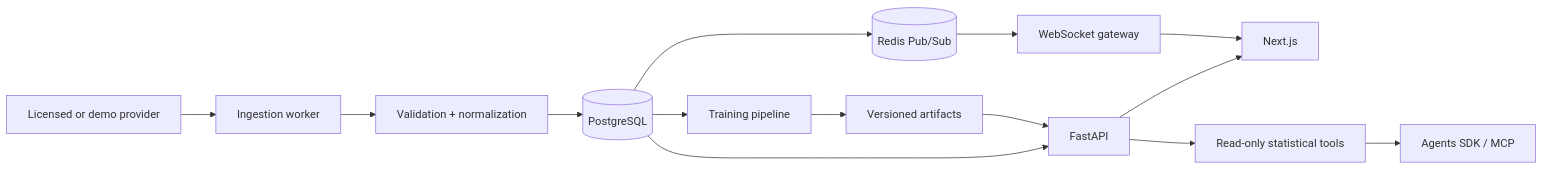
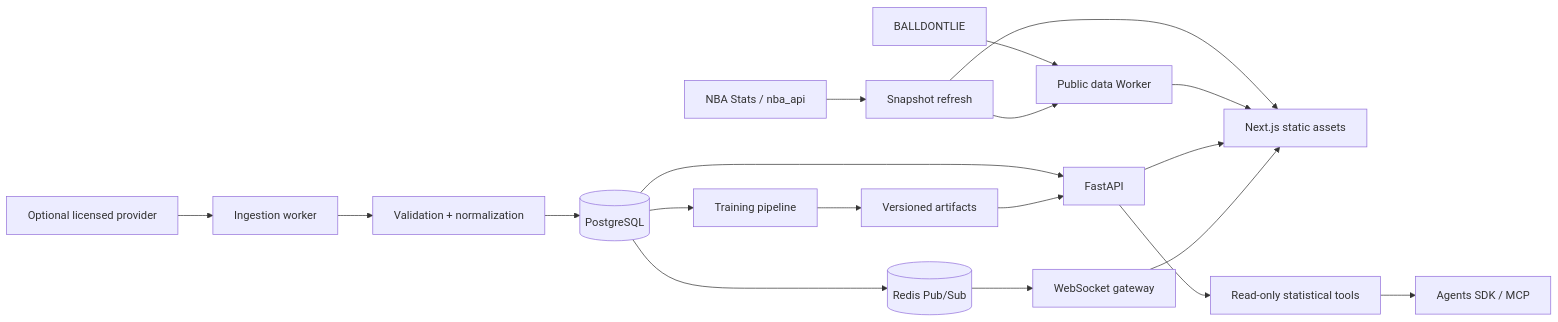
The diagram in ARCHITECTURE.md (jonxsong/CourtVision), drawn with Mermaid before and after one commit. The commit also changed other lines of this file and 538 other files, not shown here.

Commit message:
feat: add resilient real NBA snapshot pipeline

````diff
--- a/ARCHITECTURE.md
+++ b/ARCHITECTURE.md
@@ -9,16 +9,21 @@
 ```mermaid
 flowchart LR
-    P[Licensed or demo provider] --> I[Ingestion worker]
+    B[BALLDONTLIE] --> W[Public data Worker]
+    N[NBA Stats / nba_api] --> S[Snapshot refresh]
+    S --> W
+    S --> WEB[Next.js static assets]
+    W --> WEB
+    P[Optional licensed provider] --> I[Ingestion worker]
     I --> V[Validation + normalization]
     V --> PG[(PostgreSQL)]
     PG --> API[FastAPI]
-    API --> WEB[Next.js]
+    API --> WEB
     PG --> R[(Redis Pub/Sub)]
     R --> WS[WebSocket gateway]
     WS --> WEB
     PG --> ML[Training pipeline]
     ML --> A[Versioned artifacts]
     A --> API
     API --> T[Read-only statistical tools]
     T --> AG[Agents SDK / MCP]
 ```
````
